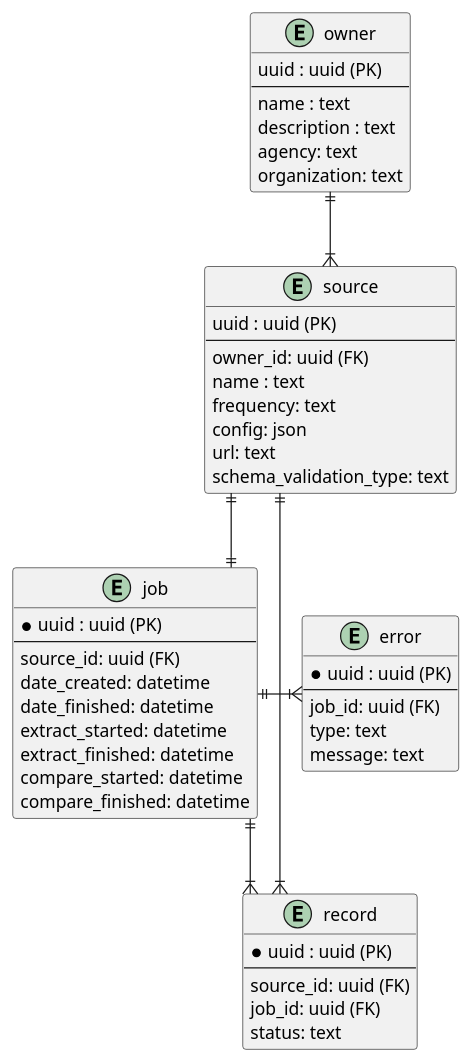
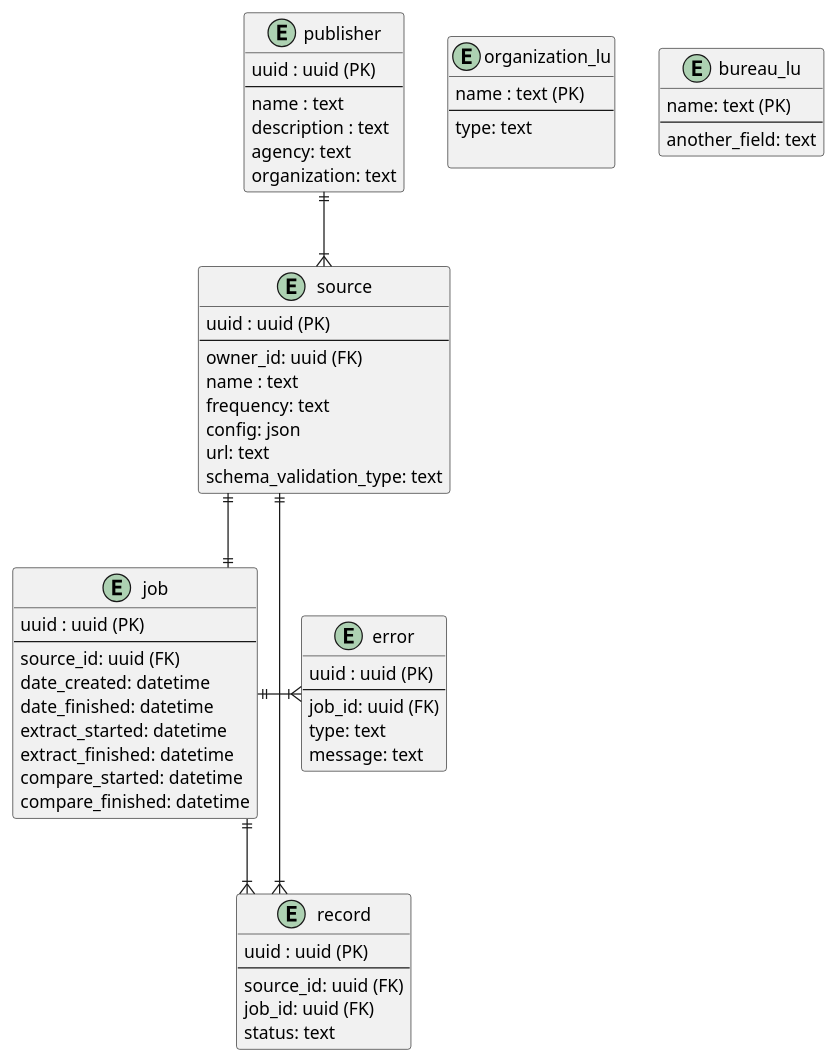
One commit to GSA/datagov-harvester changed the diagram in docs/diagrams/src/erd.plantuml. Above: the diagram before and after it, drawn with PlantUML.

Commit message:
change owner entity name. add lookups.

```diff
--- a/docs/diagrams/src/erd.plantuml
+++ b/docs/diagrams/src/erd.plantuml
@@ -1,59 +1,75 @@
 @startuml harvester2.0 ERD 
 
 skinparam linetype ortho
 
-entity "owner" as owner  {
+' entities
+entity "publisher" as owner  {
   uuid : uuid (PK)
   --
   name : text
   description : text
   agency: text
   organization: text
 }
 
 entity "source" as source {
   uuid : uuid (PK)
   --
   owner_id: uuid (FK)
   name : text
   frequency: text
   config: json
   url: text
   schema_validation_type: text
 }
 
 entity "record" as record {
-  *uuid : uuid (PK)
+  uuid : uuid (PK)
   --
   source_id: uuid (FK)
   job_id: uuid (FK)
   status: text
 }
 
 entity "job" as job {
-  *uuid : uuid (PK)
+  uuid : uuid (PK)
   --
   source_id: uuid (FK)
   date_created: datetime
   date_finished: datetime
   extract_started: datetime
   extract_finished: datetime
   compare_started: datetime 
   compare_finished: datetime
 }
 
 entity "error" as error {
-  *uuid : uuid (PK)
+  uuid : uuid (PK)
   --
   job_id: uuid (FK)
   type: text
   message: text
 }
 
+' lookups
+entity "organization_lu" as organization_lu {
+  name : text (PK)
+  --
+  type: text 
+  
+}
+
+entity "bureau_lu" as bureau_lu {
+  name: text (PK)
+  --
+  another_field: text
+}
+
+' relationships
 owner  ||--|{ source
 source ||--|| job
 source ||--|{ record
 job ||--|{ record
 job ||-|{ error
 
 @enduml
```
